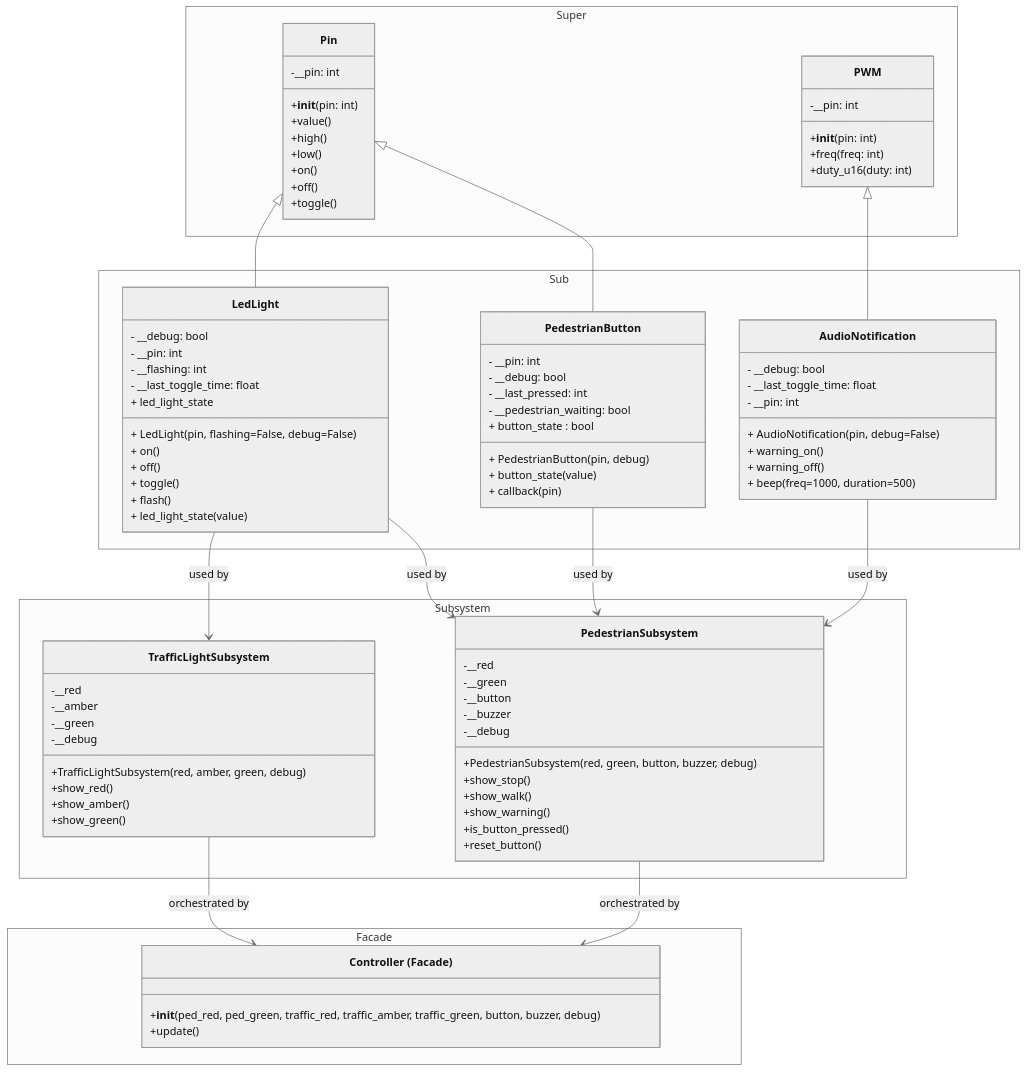
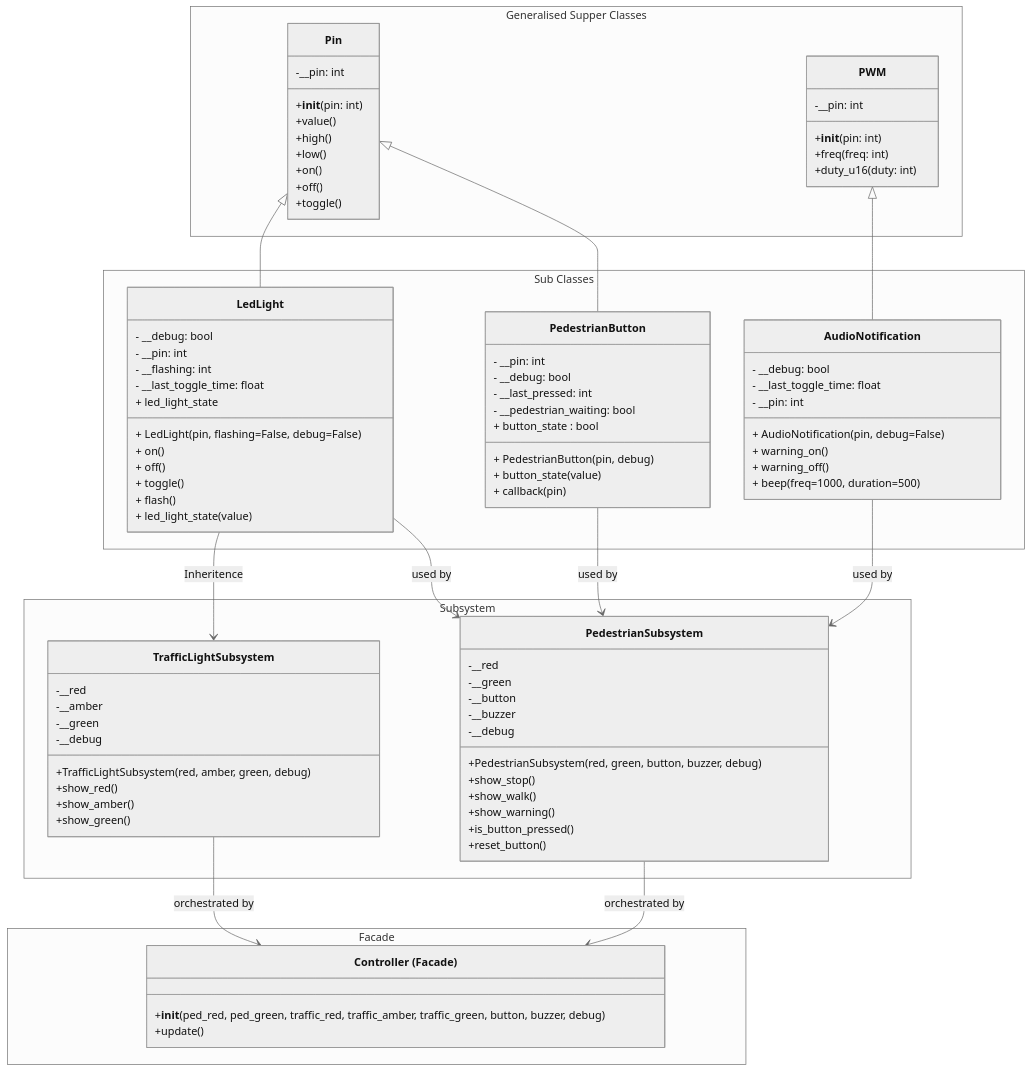
The diagram in tutorials/Lecture7.md (TempeHS/MicroPython_OOP_Pi_Pico_Mini_Project_Source), drawn with Mermaid (neutral theme) before and after one commit.

Commit message:
feat: update class diagram in Lecture7.md with descriptive namespace labels and correct inheritance notation

```diff
--- a/tutorials/Lecture7.md
+++ b/tutorials/Lecture7.md
@@ -71,7 +71,7 @@
 classDiagram
     direction TB
 
-    namespace Super {
+    namespace Super["Generalised Supper Classes"] {
         class Pin {
             -__pin: int
             +__init__(pin: int)
@@ -91,7 +91,7 @@
         }
     }
 
-    namespace Sub {
+    namespace Sub["Sub Classes"] {
         class AudioNotification {
             - __debug: bool
             - __last_toggle_time: float
@@ -168,7 +168,7 @@
     PWM <|-- AudioNotification
 
     %% Layer 2 -> Layer 3: subsystem composition/usage
-    LedLight --> TrafficLightSubsystem : used by
+    LedLight --> TrafficLightSubsystem : Inheritence
     LedLight --> PedestrianSubsystem : used by
     PedestrianButton --> PedestrianSubsystem : used by
     AudioNotification --> PedestrianSubsystem : used by
```
